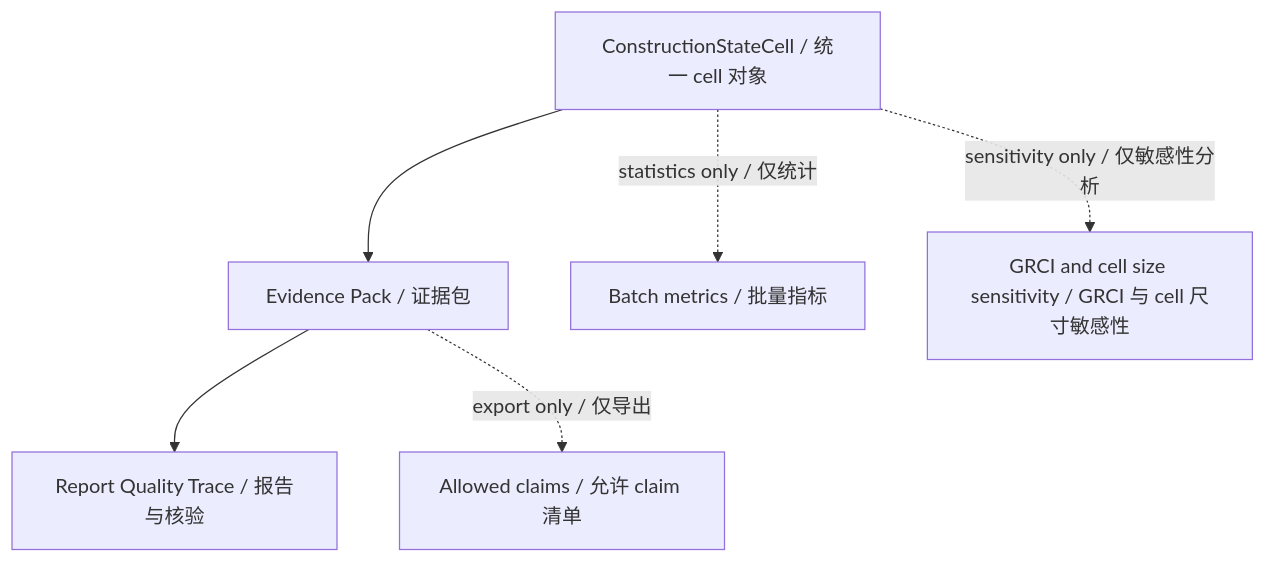
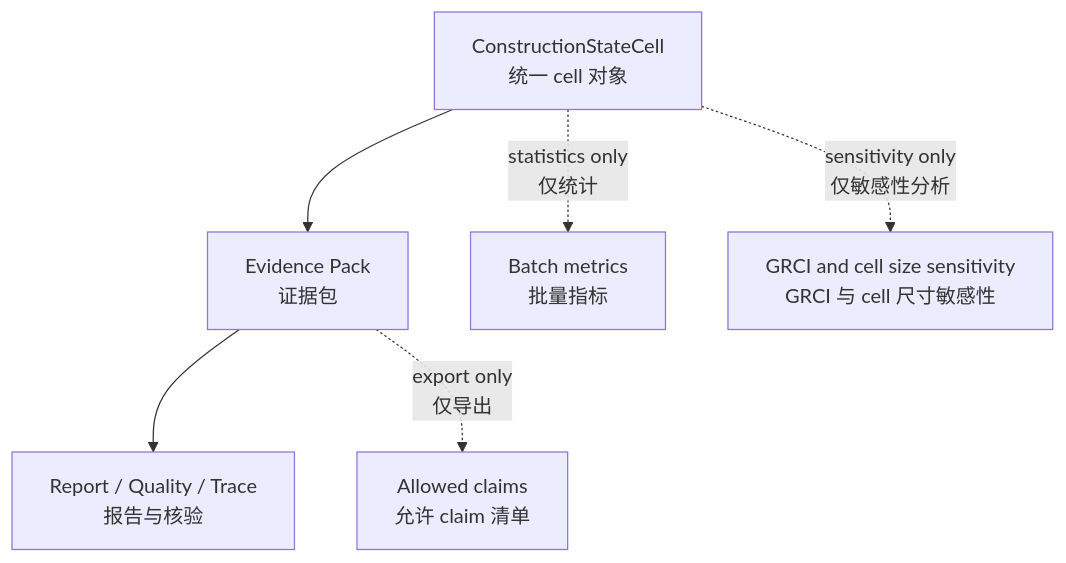
One commit to xiaodazhao/tbm-report changed the third of 4 diagrams in backend/docs/README.md. Above: the diagram before and after it, drawn with Mermaid. The commit also changed other lines of this file and 1 other file, not shown here.

Commit message:
Fix Mermaid diagrams for GitHub rendering

````diff
--- a/backend/docs/README.md
+++ b/backend/docs/README.md
@@ -115,8 +115,8 @@
 ```mermaid
 flowchart TD
-    A[ConstructionStateCell / 统一 cell 对象] --> B[Evidence Pack / 证据包]
-    B --> C[Report Quality Trace / 报告与核验]
-    A -. statistics only / 仅统计 .-> D[Batch metrics / 批量指标]
-    A -. sensitivity only / 仅敏感性分析 .-> E[GRCI and cell size sensitivity / GRCI 与 cell 尺寸敏感性]
-    B -. export only / 仅导出 .-> F[Allowed claims / 允许 claim 清单]
+    cs_cell["ConstructionStateCell<br/>统一 cell 对象"] --> pack["Evidence Pack<br/>证据包"]
+    pack --> report_qt["Report / Quality / Trace<br/>报告与核验"]
+    cs_cell -. "statistics only<br/>仅统计" .-> batch_metrics["Batch metrics<br/>批量指标"]
+    cs_cell -. "sensitivity only<br/>仅敏感性分析" .-> sensitivity["GRCI and cell size sensitivity<br/>GRCI 与 cell 尺寸敏感性"]
+    pack -. "export only<br/>仅导出" .-> allowed_claims["Allowed claims<br/>允许 claim 清单"]
 ```
````
